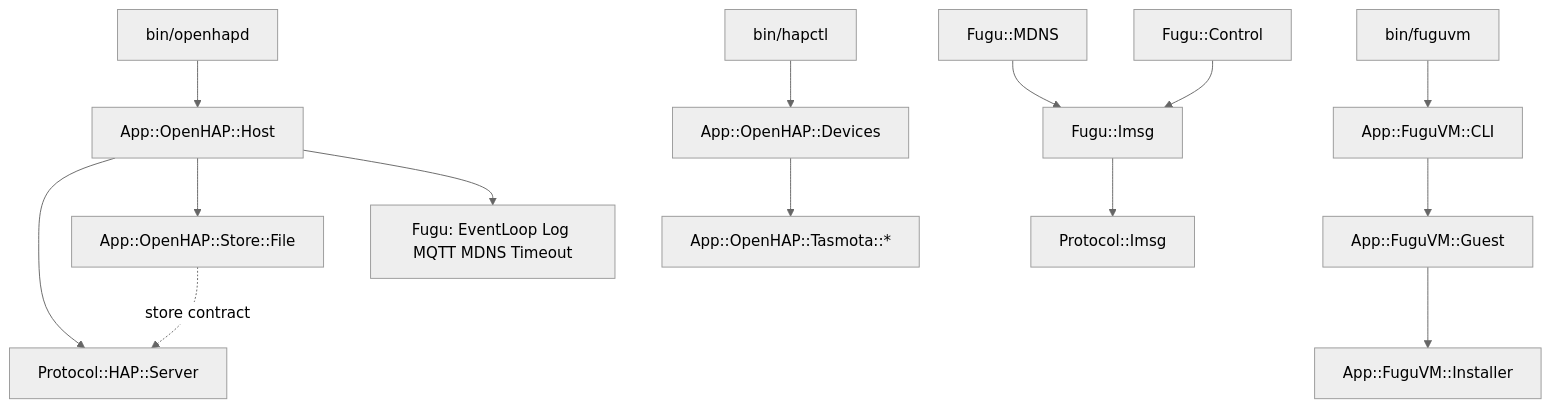
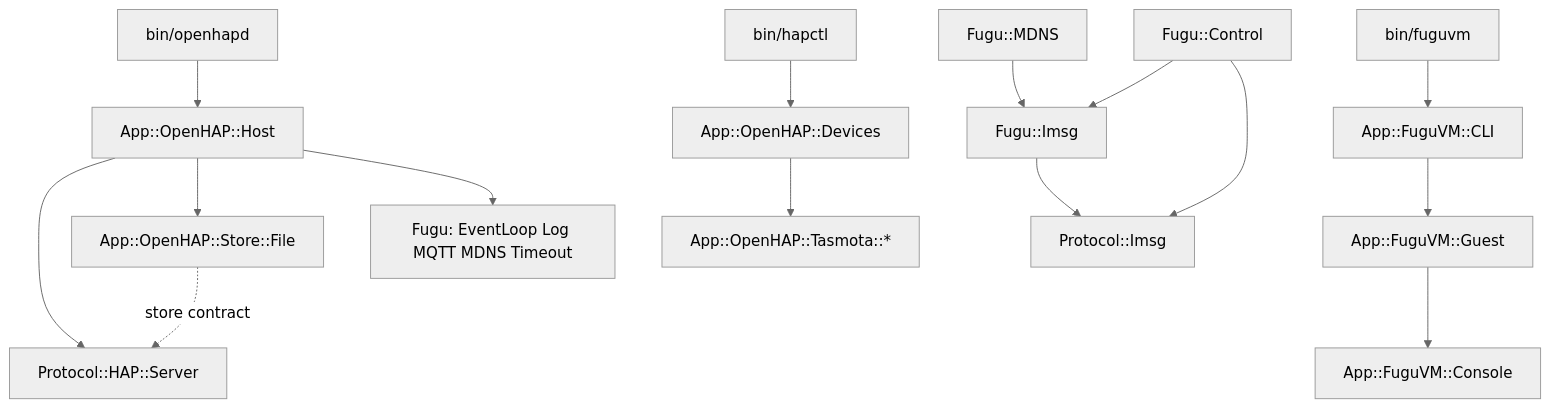
Before and after one commit to dickolsson/OpenHAP: the diagram in plans/008-cpan-namespaces/design.md, drawn with Mermaid (neutral theme). The commit also changed other lines of this file and 5 other files, not shown here.

````diff
--- a/plans/008-cpan-namespaces/design.md
+++ b/plans/008-cpan-namespaces/design.md
@@ -147,13 +185,14 @@
 ```mermaid
 graph TD
     openhapd[bin/openhapd] --> H[App::OpenHAP::Host]
     hapctl[bin/hapctl] --> D[App::OpenHAP::Devices]
     fuguvm[bin/fuguvm] --> VC[App::FuguVM::CLI] --> G[App::FuguVM::Guest]
-    G --> I[App::FuguVM::Installer]
+    G --> I[App::FuguVM::Console]
     H --> PS[Protocol::HAP::Server]
     H --> SF[App::OpenHAP::Store::File] -. store contract .-> PS
     H --> FH[Fugu: EventLoop Log MQTT MDNS Timeout]
     D --> TAS[App::OpenHAP::Tasmota::*]
     FM[Fugu::MDNS] --> FI[Fugu::Imsg] --> PI[Protocol::Imsg]
     FC[Fugu::Control] --> FI
+    FC --> PI
 ```
````
